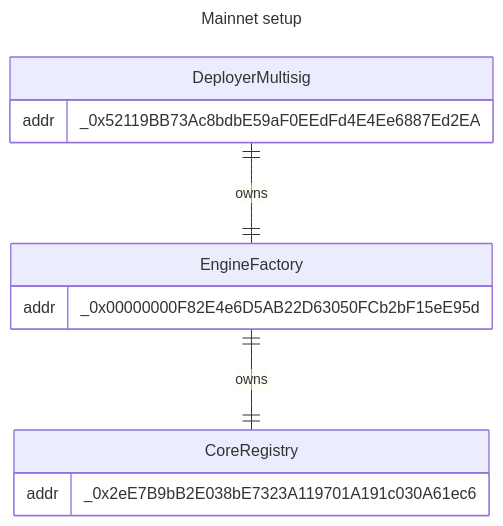
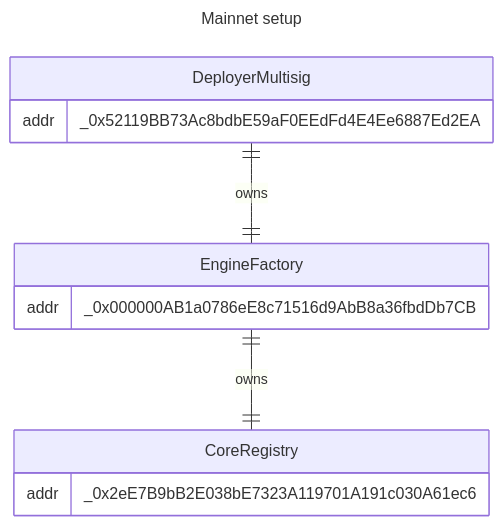
The first of 4 diagrams in packages/contracts/INFRASTRUCTURE.md (void-smith660/artblocks-contracts), drawn with Mermaid before and after one commit. The commit also changed other lines of this file and 8 other files, not shown here.

````diff
--- a/packages/contracts/INFRASTRUCTURE.md
+++ b/packages/contracts/INFRASTRUCTURE.md
@@ -29,17 +27,17 @@
 ```mermaid
 ---
 title: Mainnet setup
 ---
 erDiagram
     DeployerMultisig ||--|| EngineFactory : owns
     EngineFactory ||--|| CoreRegistry : owns
     DeployerMultisig {
         addr _0x52119BB73Ac8bdbE59aF0EEdFd4E4Ee6887Ed2EA
     }
     EngineFactory {
-        addr _0x00000000F82E4e6D5AB22D63050FCb2bF15eE95d
+        addr _0x000000AB1a0786eE8c71516d9AbB8a36fbdDb7CB
     }
     CoreRegistry {
         addr _0x2eE7B9bB2E038bE7323A119701A191c030A61ec6
     }
 ```
````
